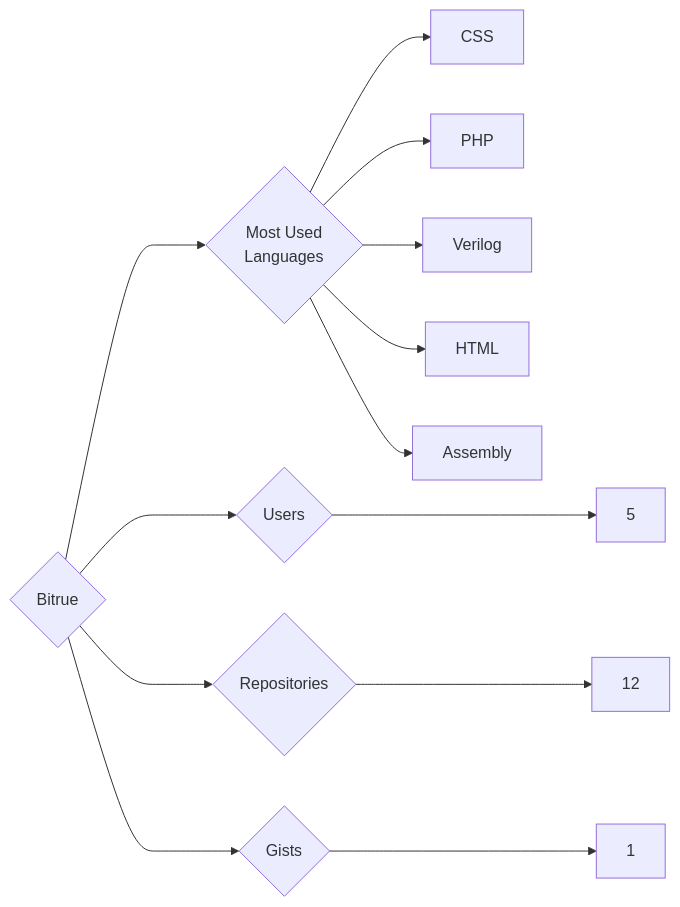
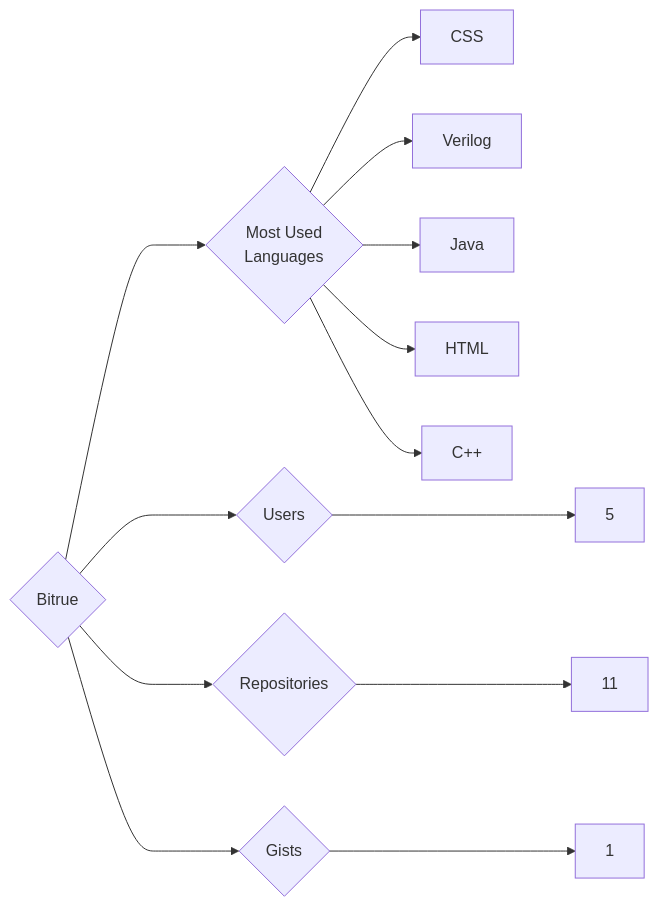
The diagram in targets/Bitrue/README.md (trickest/insiders), drawn with Mermaid before and after one commit. The commit also changed 1011 other files, not shown here.

````diff
--- a/targets/Bitrue/README.md
+++ b/targets/Bitrue/README.md
@@ -3,13 +3,13 @@
 ```mermaid
 graph LR
 COMPANY_NAME{Bitrue}
 COMPANY_NAME ---> U{Users} ---> UN[5]
-COMPANY_NAME ---> R{Repositories} ---> RN[12]
+COMPANY_NAME ---> R{Repositories} ---> RN[11]
 COMPANY_NAME ---> G{Gists} ---> GN[1]
 COMPANY_NAME ---> ML{Most Used<br>Languages}
 ML --> CSS[CSS]
-ML --> PHP[PHP]
 ML --> Verilog[Verilog]
+ML --> Java[Java]
 ML --> HTML[HTML]
-ML --> Assembly[Assembly]
+ML --> C++[C++]
 ```
````
